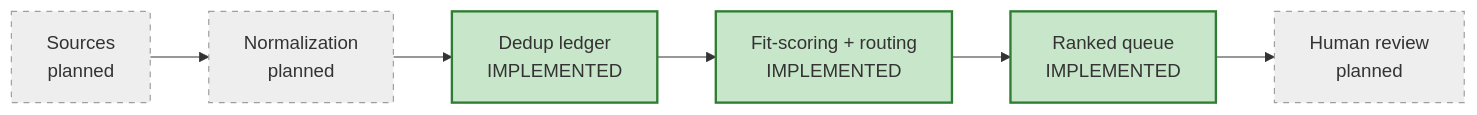
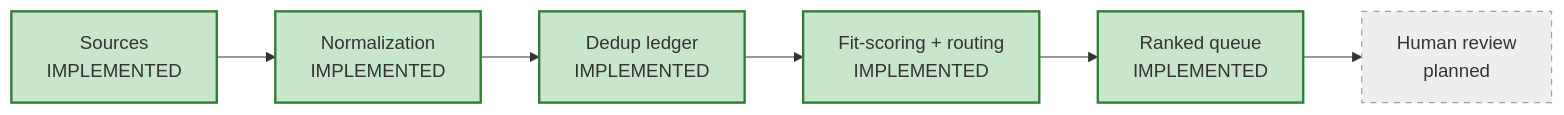
One commit to ruhinpatel/job-discovery-pipeline changed the diagram in README.md. Above: the diagram before and after it, drawn with Mermaid. The commit also changed other lines of this file and 23 other files, not shown here.

````diff
--- a/README.md
+++ b/README.md
@@ -9,15 +9,15 @@
 ```mermaid
 flowchart LR
-    A[Sources<br/>planned] --> B[Normalization<br/>planned]
+    A[Sources<br/>IMPLEMENTED] --> B[Normalization<br/>IMPLEMENTED]
     B --> C[Dedup ledger<br/>IMPLEMENTED]
     C --> D[Fit-scoring + routing<br/>IMPLEMENTED]
     D --> E[Ranked queue<br/>IMPLEMENTED]
     E --> F[Human review<br/>planned]
 
     style C fill:#c8e6c9,stroke:#2e7d32,stroke-width:2px
     style D fill:#c8e6c9,stroke:#2e7d32,stroke-width:2px
     style E fill:#c8e6c9,stroke:#2e7d32,stroke-width:2px
-    style A fill:#eeeeee,stroke:#9e9e9e,stroke-dasharray: 5 5
-    style B fill:#eeeeee,stroke:#9e9e9e,stroke-dasharray: 5 5
+    style A fill:#c8e6c9,stroke:#2e7d32,stroke-width:2px
+    style B fill:#c8e6c9,stroke:#2e7d32,stroke-width:2px
     style F fill:#eeeeee,stroke:#9e9e9e,stroke-dasharray: 5 5
 ```
````
